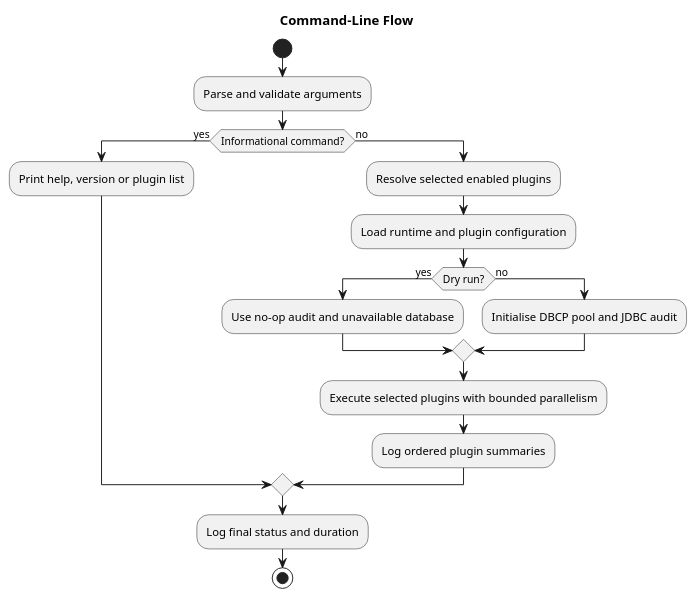
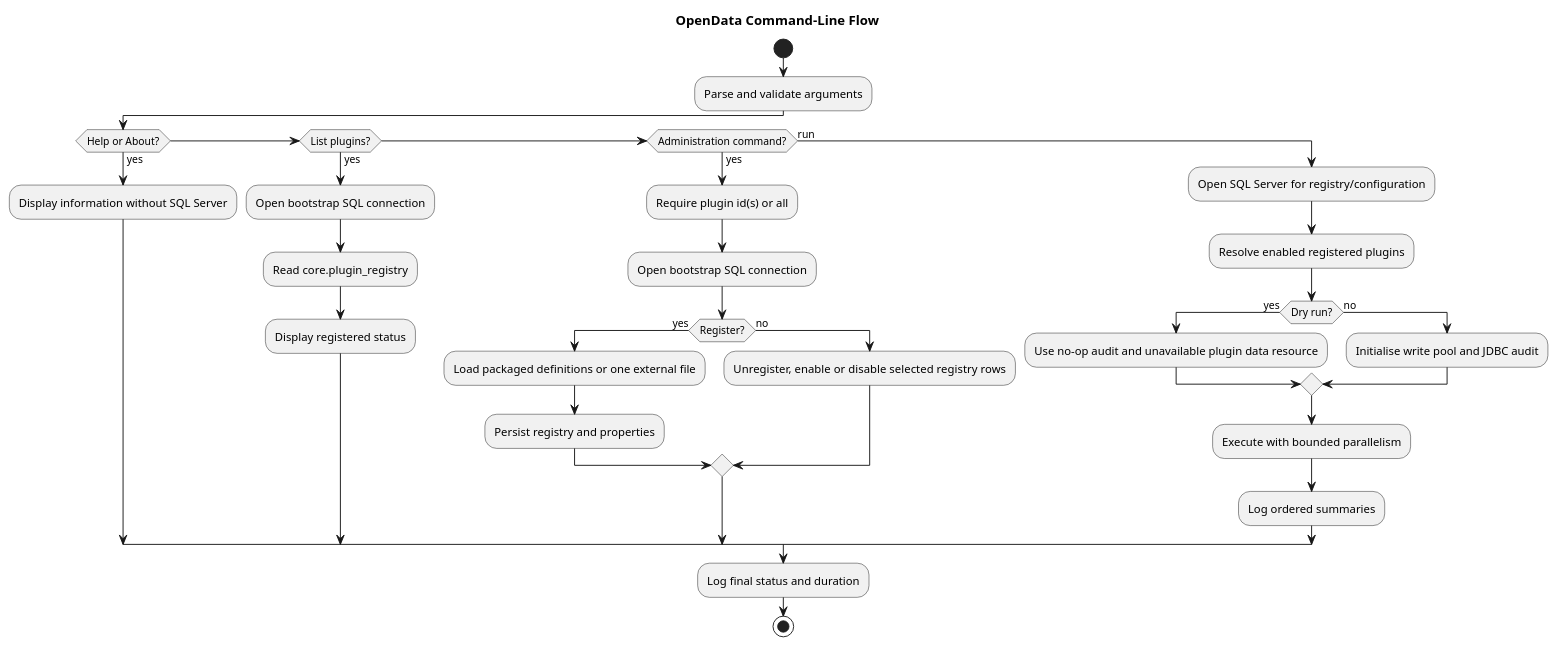
One commit to TerryCurranZellis/OpenData changed the diagram in docs/diagrams/source/command-line-flow.puml. Above: the diagram before and after it, drawn with PlantUML. The commit also changed 128 other files, not shown here.

```diff
--- a/docs/diagrams/source/command-line-flow.puml
+++ b/docs/diagrams/source/command-line-flow.puml
@@ -1,20 +1,33 @@
 @startuml
-title Command-Line Flow
+title OpenData Command-Line Flow
 start
 :Parse and validate arguments;
-if (Informational command?) then (yes)
-  :Print help, version or plugin list;
-else (no)
-  :Resolve selected enabled plugins;
-  :Load runtime and plugin configuration;
+if (Help or About?) then (yes)
+  :Display information without SQL Server;
+elseif (List plugins?) then (yes)
+  :Open bootstrap SQL connection;
+  :Read core.plugin_registry;
+  :Display registered status;
+elseif (Administration command?) then (yes)
+  :Require plugin id(s) or all;
+  :Open bootstrap SQL connection;
+  if (Register?) then (yes)
+    :Load packaged definitions or one external file;
+    :Persist registry and properties;
+  else (no)
+    :Unregister, enable or disable selected registry rows;
+  endif
+else (run)
+  :Open SQL Server for registry/configuration;
+  :Resolve enabled registered plugins;
   if (Dry run?) then (yes)
-    :Use no-op audit and unavailable database;
+    :Use no-op audit and unavailable plugin data resource;
   else (no)
-    :Initialise DBCP pool and JDBC audit;
+    :Initialise write pool and JDBC audit;
   endif
-  :Execute selected plugins with bounded parallelism;
-  :Log ordered plugin summaries;
+  :Execute with bounded parallelism;
+  :Log ordered summaries;
 endif
 :Log final status and duration;
 stop
 @enduml
```
